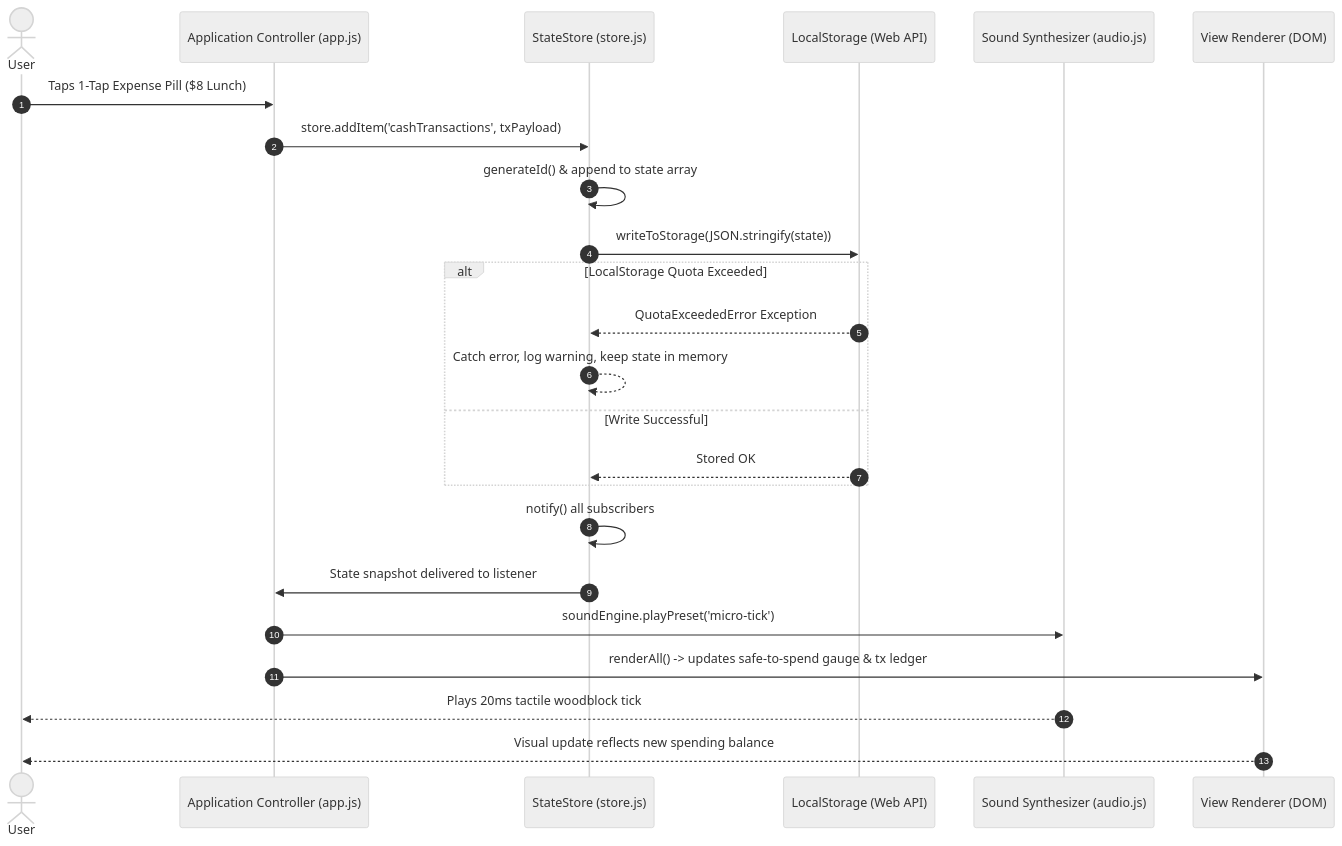
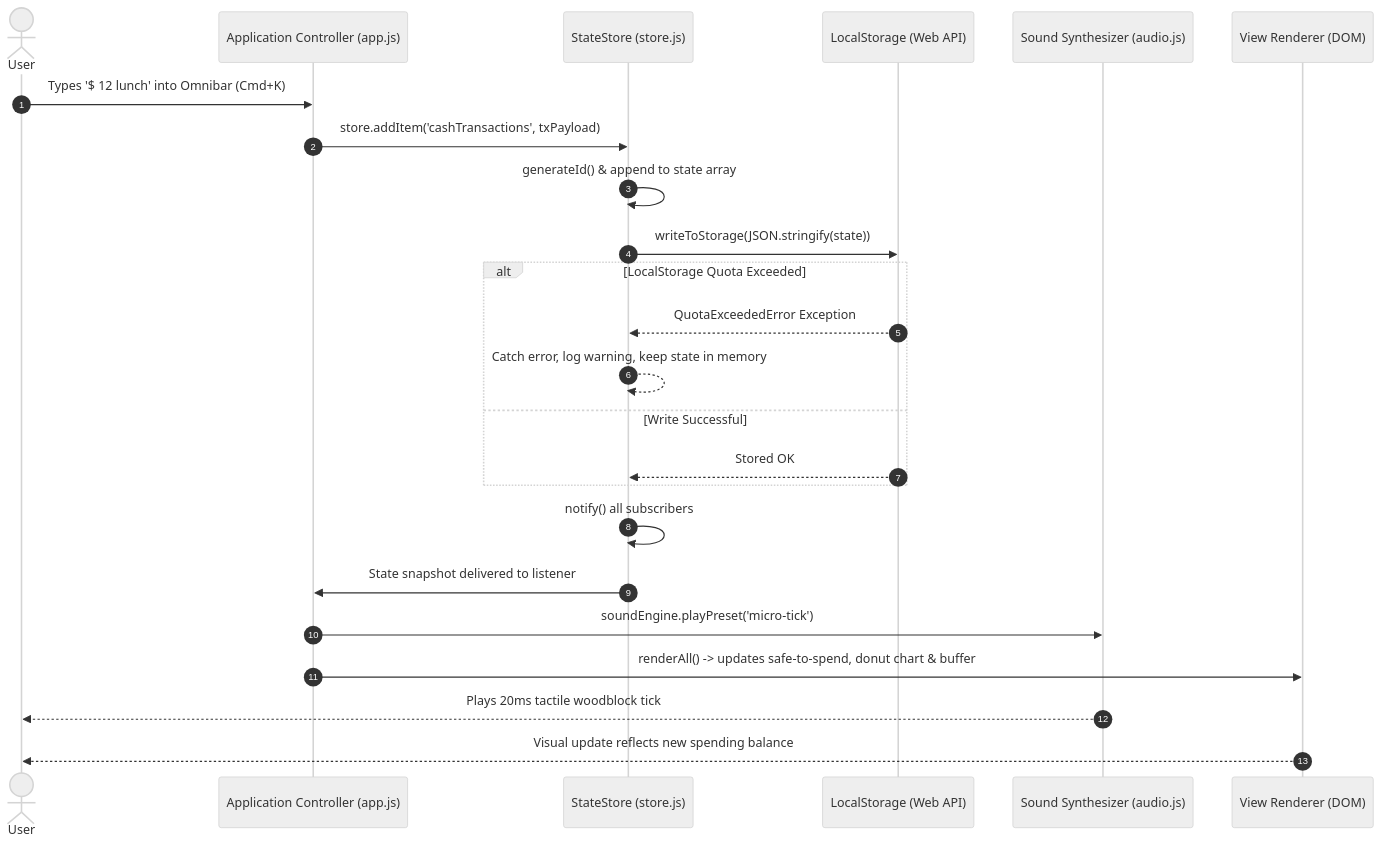
The third of 3 diagrams in ARCHITECTURE.md (AAAAA13-sys/basta), drawn with Mermaid (neutral theme) before and after one commit. The commit also changed other lines of this file and 4 other files, not shown here.

````diff
--- a/ARCHITECTURE.md
+++ b/ARCHITECTURE.md
@@ -206,27 +359,27 @@
 ```mermaid
 sequenceDiagram
     autonumber
     actor User
     participant Controller as Application Controller (app.js)
     participant Store as StateStore (store.js)
     participant LS as LocalStorage (Web API)
     participant Audio as Sound Synthesizer (audio.js)
     participant DOM as View Renderer (DOM)
 
-    User->>Controller: Taps 1-Tap Expense Pill ($8 Lunch)
+    User->>Controller: Types '$ 12 lunch' into Omnibar (Cmd+K)
     Controller->>Store: store.addItem('cashTransactions', txPayload)
     Store->>Store: generateId() & append to state array
     Store->>LS: writeToStorage(JSON.stringify(state))
     alt LocalStorage Quota Exceeded
         LS-->>Store: QuotaExceededError Exception
         Store-->>Store: Catch error, log warning, keep state in memory
     else Write Successful
         LS-->>Store: Stored OK
     end
     Store->>Store: notify() all subscribers
     Store->>Controller: State snapshot delivered to listener
     Controller->>Audio: soundEngine.playPreset('micro-tick')
-    Controller->>DOM: renderAll() -> updates safe-to-spend gauge & tx ledger
+    Controller->>DOM: renderAll() -> updates safe-to-spend, donut chart & buffer
     Audio-->>User: Plays 20ms tactile woodblock tick
     DOM-->>User: Visual update reflects new spending balance
 ```
````
